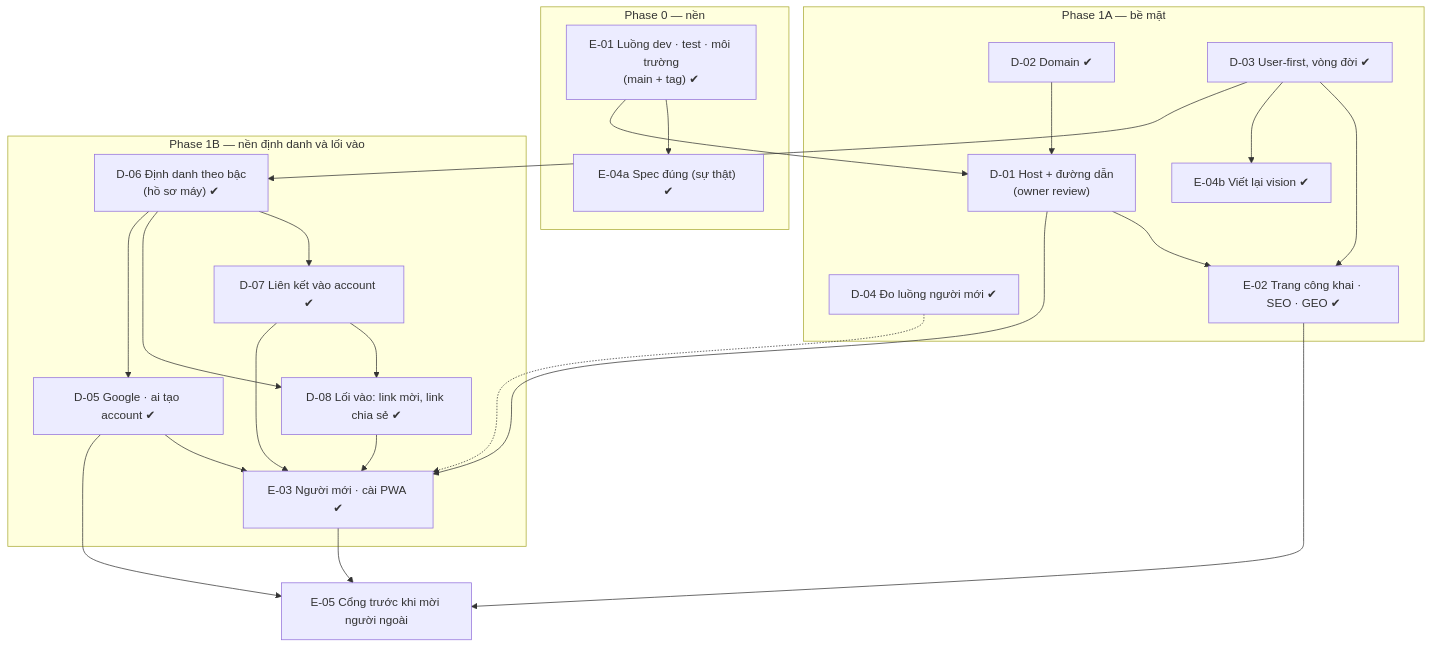
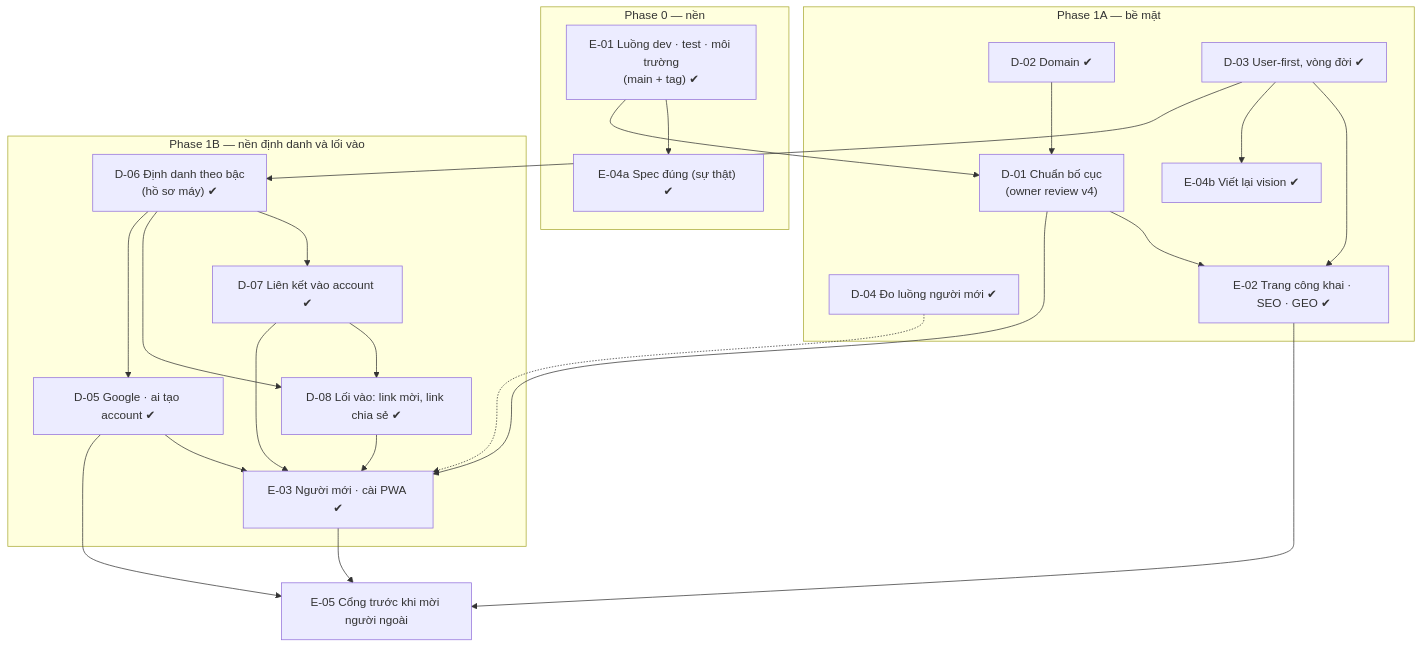
Before and after one commit to vinh466/tohe-play: the diagram in plans/product-surface/map.md, drawn with Mermaid. The commit also changed other lines of this file and 6 other files, not shown here.

````diff
--- a/plans/product-surface/map.md
+++ b/plans/product-surface/map.md
@@ -6,43 +6,43 @@
 ```mermaid
 flowchart TD
   subgraph P0 ["Phase 0 — nền"]
     E01["E-01 Luồng dev · test · môi trường<br/>(main + tag) ✔"]
     E04a["E-04a Spec đúng (sự thật) ✔"]
   end
   subgraph P1A ["Phase 1A — bề mặt"]
     D02["D-02 Domain ✔"]
     D03["D-03 User-first, vòng đời ✔"]
-    D01["D-01 Host + đường dẫn<br/>(owner review)"]
+    D01["D-01 Chuẩn bố cục<br/>(owner review v4)"]
     D04["D-04 Đo luồng người mới ✔"]
     E02["E-02 Trang công khai · SEO · GEO ✔"]
     E04b["E-04b Viết lại vision ✔"]
   end
   subgraph P1B ["Phase 1B — nền định danh và lối vào"]
     D06["D-06 Định danh theo bậc<br/>(hồ sơ máy) ✔"]
     D07["D-07 Liên kết vào account ✔"]
     D08["D-08 Lối vào: link mời, link chia sẻ ✔"]
     D05["D-05 Google · ai tạo account ✔"]
     E03["E-03 Người mới · cài PWA ✔"]
   end
   E05["E-05 Cổng trước khi mời người ngoài"]
 
   E01 --> E04a
   E01 --> D01
   D02 --> D01
   D01 --> E02
   D01 --> E03
   D03 --> E02
   D03 --> E04b
   D03 --> D06
   D06 --> D07
   D06 --> D08
   D07 --> D08
   D06 --> D05
   D05 --> E03
   D07 --> E03
   D08 --> E03
   D04 -.-> E03
   E02 --> E05
   E03 --> E05
   D05 --> E05
 ```
````
